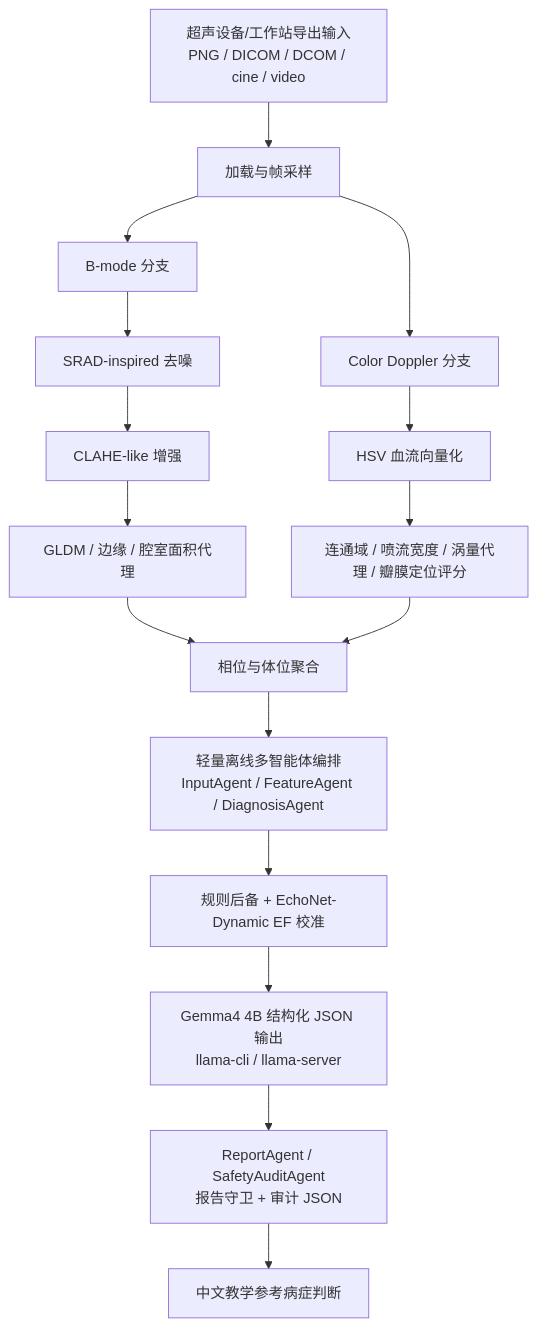
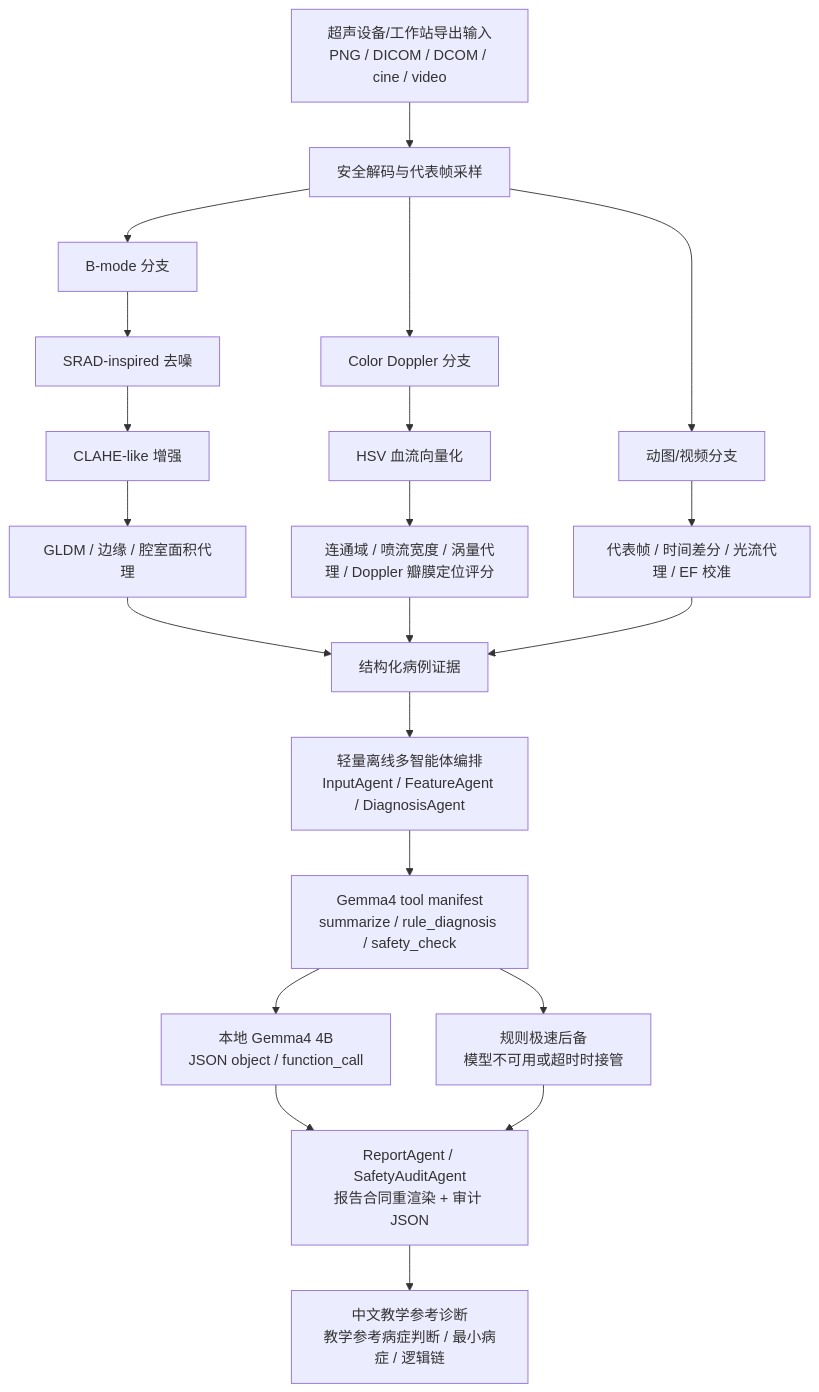
The diagram in docs/architecture.md (Timmy-zhu12/gdc-shanghai-project), drawn with Mermaid before and after one commit. The commit also changed other lines of this file and 8 other files, not shown here.

````diff
--- a/docs/architecture.md
+++ b/docs/architecture.md
@@ -5,18 +5,23 @@
 ```mermaid
 flowchart TD
-    A["超声设备/工作站导出输入<br/>PNG / DICOM / DCOM / cine / video"] --> B["加载与帧采样"]
+    A["超声设备/工作站导出输入<br/>PNG / DICOM / DCOM / cine / video"] --> B["安全解码与代表帧采样"]
     B --> C["B-mode 分支"]
     B --> D["Color Doppler 分支"]
+    B --> V["动图/视频分支"]
     C --> C1["SRAD-inspired 去噪"]
     C1 --> C2["CLAHE-like 增强"]
     C2 --> C3["GLDM / 边缘 / 腔室面积代理"]
     D --> D1["HSV 血流向量化"]
-    D1 --> D2["连通域 / 喷流宽度 / 涡量代理 / 瓣膜定位评分"]
-    C3 --> E["相位与体位聚合"]
+    D1 --> D2["连通域 / 喷流宽度 / 涡量代理 / Doppler 瓣膜定位评分"]
+    V --> V1["代表帧 / 时间差分 / 光流代理 / EF 校准"]
+    C3 --> E["结构化病例证据"]
     D2 --> E
+    V1 --> E
     E --> O["轻量离线多智能体编排<br/>InputAgent / FeatureAgent / DiagnosisAgent"]
-    O --> F["规则后备 + EchoNet-Dynamic EF 校准"]
-    F --> G["Gemma4 4B 结构化 JSON 输出<br/>llama-cli / llama-server"]
-    G --> R["ReportAgent / SafetyAuditAgent<br/>报告守卫 + 审计 JSON"]
-    R --> H["中文教学参考病症判断"]
+    O --> T["Gemma4 tool manifest<br/>summarize / rule_diagnosis / safety_check"]
+    T --> G["本地 Gemma4 4B<br/>JSON object / function_call"]
+    G --> R["ReportAgent / SafetyAuditAgent<br/>报告合同重渲染 + 审计 JSON"]
+    R --> H["中文教学参考诊断<br/>教学参考病症判断 / 最小病症 / 逻辑链"]
+    T --> F["规则极速后备<br/>模型不可用或超时时接管"]
+    F --> R
 ```
````
